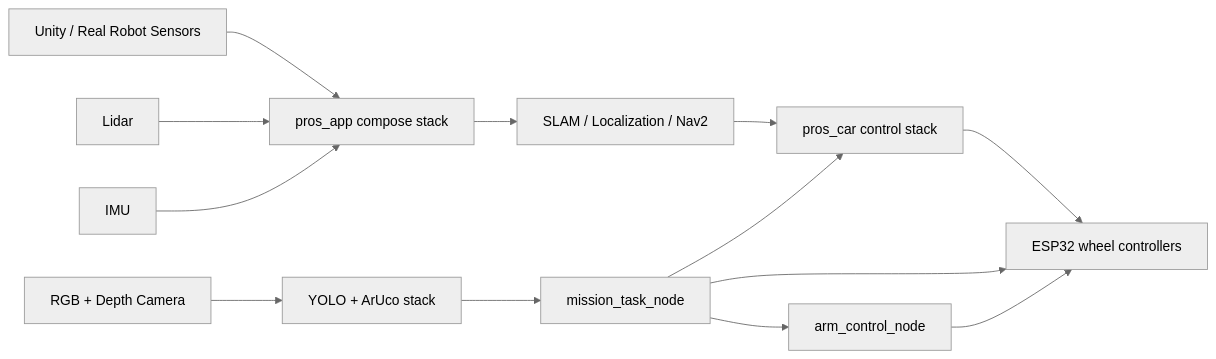
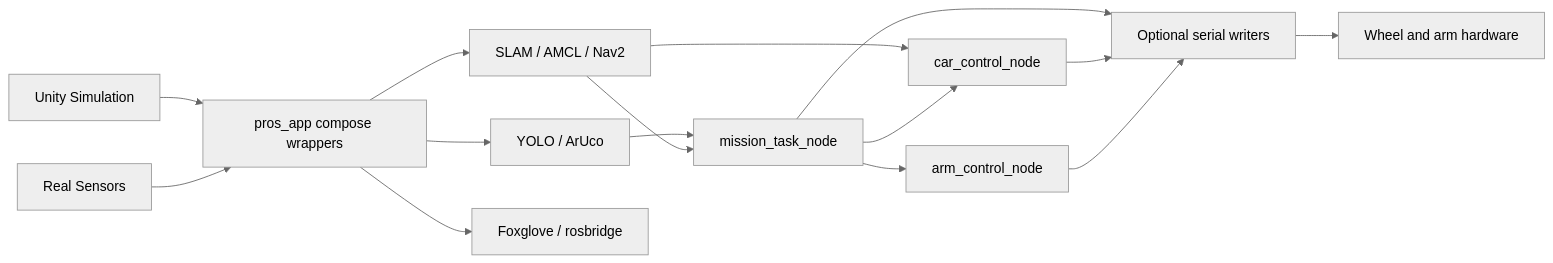
One commit to Qian-0203/robotic_nav_final changed the first of 3 diagrams in docs/project_architecture_review.md. Above: the diagram before and after it, drawn with Mermaid (neutral theme). The commit also changed other lines of this file and 3 other files, not shown here.

````diff
--- a/docs/project_architecture_review.md
+++ b/docs/project_architecture_review.md
@@ -16,28 +19,29 @@
 ```mermaid
 flowchart LR
-    Unity[Unity / Real Robot Sensors]
-    Cameras[RGB + Depth Camera]
-    Lidar[Lidar]
-    IMU[IMU]
+    Unity[Unity Simulation]
+    Sensors[Real Sensors]
+    App[pros_app compose wrappers]
+    Nav[SLAM / AMCL / Nav2]
+    Perception[YOLO / ArUco]
+    Mission[mission_task_node]
+    Car[car_control_node]
+    Arm[arm_control_node]
+    Serial[Optional serial writers]
+    Hardware[Wheel and arm hardware]
+    Viewers[Foxglove / rosbridge]
 
-    ProsApp[pros_app compose stack]
-    Nav2[SLAM / Localization / Nav2]
-    Car[pros_car control stack]
-    Yolo[YOLO + ArUco stack]
-    Mission[mission_task_node]
-    Arm[arm_control_node]
-    Wheels[ESP32 wheel controllers]
-
-    Unity --> ProsApp
-    Cameras --> Yolo
-    Lidar --> ProsApp
-    IMU --> ProsApp
-    ProsApp --> Nav2
-    Nav2 --> Car
-    Yolo --> Mission
+    Unity --> App
+    Sensors --> App
+    App --> Nav
+    App --> Viewers
+    App --> Perception
+    Perception --> Mission
+    Nav --> Mission
+    Nav --> Car
     Mission --> Car
     Mission --> Arm
-    Car --> Wheels
-    Mission --> Wheels
-    Arm --> Wheels
+    Mission --> Serial
+    Car --> Serial
+    Arm --> Serial
+    Serial --> Hardware
 ```
````
